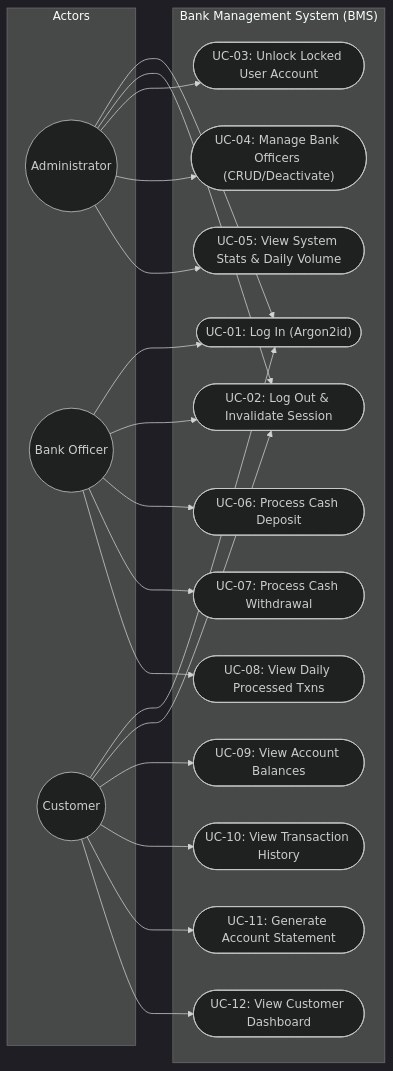
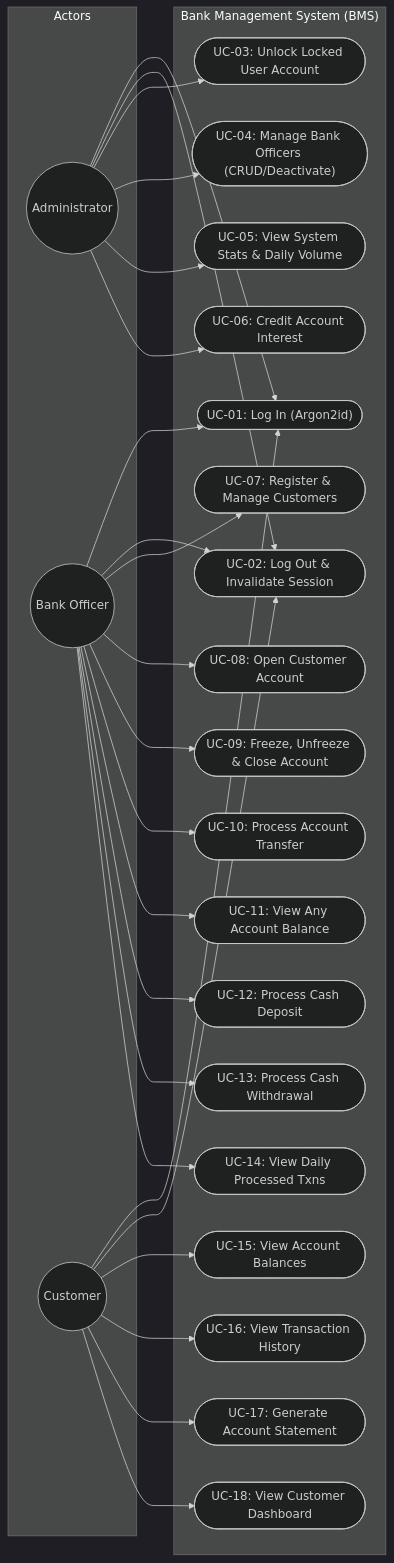
One commit to PES-BankManagementSystem/Bank-Management-System changed the diagram in docs/SRS_v1.1_UPDATE.md. Above: the diagram before and after it, drawn with Mermaid (dark theme). The commit also changed other lines of this file and 2 other files, not shown here.

Commit message:
docs(srs): address review feedback

````diff
--- a/docs/SRS_v1.1_UPDATE.md
+++ b/docs/SRS_v1.1_UPDATE.md
@@ -49,44 +49,56 @@
 ```mermaid
 flowchart LR
     subgraph Actors
         Admin((Administrator))
         Officer((Bank Officer))
         Customer((Customer))
     end
 
     subgraph SystemBoundary ["Bank Management System (BMS)"]
         UC_Login(["UC-01: Log In (Argon2id)"])
         UC_Logout(["UC-02: Log Out & Invalidate Session"])
         UC_Unlock(["UC-03: Unlock Locked User Account"])
         UC_Staff(["UC-04: Manage Bank Officers (CRUD/Deactivate)"])
         UC_AdminDash(["UC-05: View System Stats & Daily Volume"])
+        UC_Interest(["UC-06: Credit Account Interest"])
         
-        UC_Deposit(["UC-06: Process Cash Deposit"])
-        UC_Withdraw(["UC-07: Process Cash Withdrawal"])
-        UC_OfficerDash(["UC-08: View Daily Processed Txns"])
+        UC_Register(["UC-07: Register & Manage Customers"])
+        UC_Open(["UC-08: Open Customer Account"])
+        UC_Status(["UC-09: Freeze, Unfreeze & Close Account"])
+        UC_Transfer(["UC-10: Process Account Transfer"])
+        UC_ViewAnyBalance(["UC-11: View Any Account Balance"])
+        UC_Deposit(["UC-12: Process Cash Deposit"])
+        UC_Withdraw(["UC-13: Process Cash Withdrawal"])
+        UC_OfficerDash(["UC-14: View Daily Processed Txns"])
         
-        UC_Balances(["UC-09: View Account Balances"])
-        UC_History(["UC-10: View Transaction History"])
-        UC_Statement(["UC-11: Generate Account Statement"])
-        UC_CustDash(["UC-12: View Customer Dashboard"])
+        UC_Balances(["UC-15: View Account Balances"])
+        UC_History(["UC-16: View Transaction History"])
+        UC_Statement(["UC-17: Generate Account Statement"])
+        UC_CustDash(["UC-18: View Customer Dashboard"])
     end
 
     Admin --> UC_Login
     Admin --> UC_Logout
     Admin --> UC_Unlock
     Admin --> UC_Staff
     Admin --> UC_AdminDash
+    Admin --> UC_Interest
 
     Officer --> UC_Login
     Officer --> UC_Logout
+    Officer --> UC_Register
+    Officer --> UC_Open
+    Officer --> UC_Status
+    Officer --> UC_Transfer
+    Officer --> UC_ViewAnyBalance
     Officer --> UC_Deposit
     Officer --> UC_Withdraw
     Officer --> UC_OfficerDash
 
     Customer --> UC_Login
     Customer --> UC_Logout
     Customer --> UC_Balances
     Customer --> UC_History
     Customer --> UC_Statement
     Customer --> UC_CustDash
 ```
````
